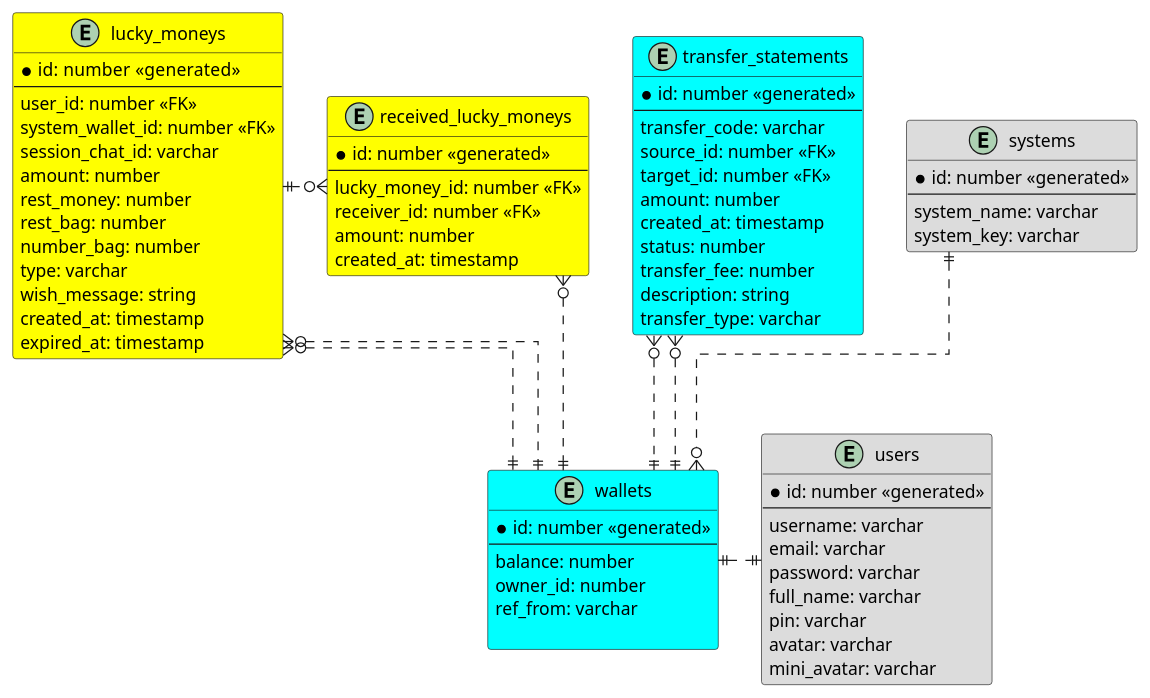
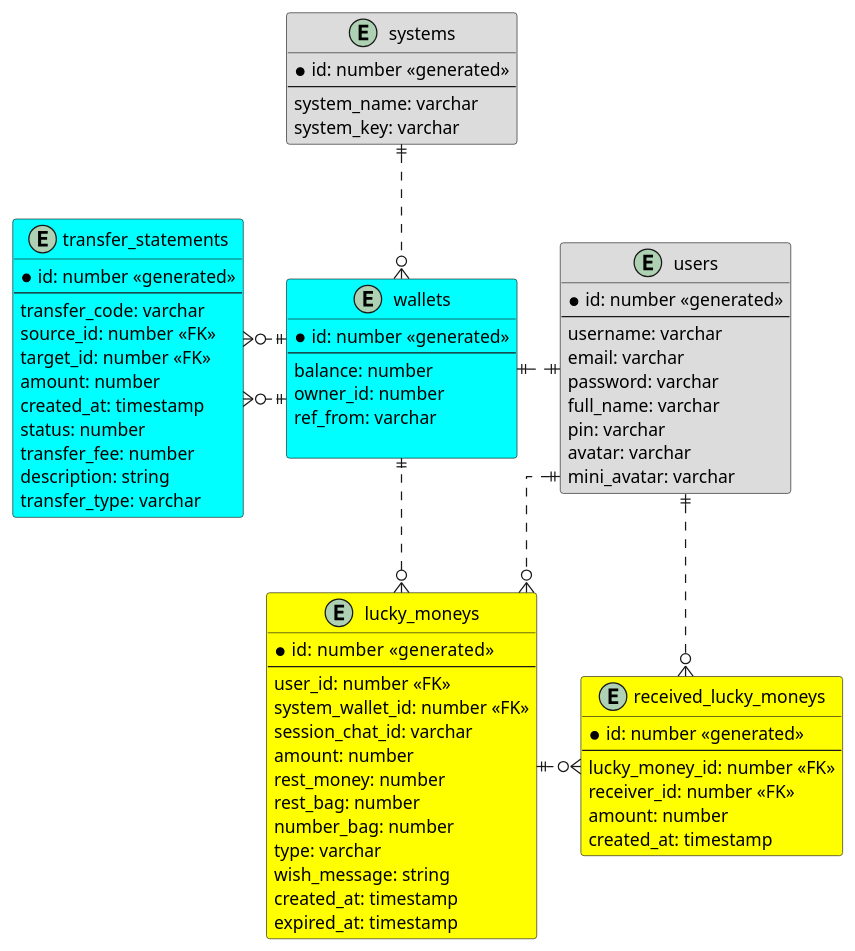
Before and after one commit to ntan1902/hey-app: the diagram in documents/uml/system design/database_diagram.puml, drawn with PlantUML.

Commit message:
Fix database design

```diff
--- a/documents/uml/system design/database_diagram.puml
+++ b/documents/uml/system design/database_diagram.puml
@@ -2,94 +2,94 @@
 @startuml
 
 ' hide the spot
 ' hide circle
 
 ' avoid problems with angled crows feet
 skinparam linetype ortho
 
 entity "users" as users #Gainsboro{
     *id: number <<generated>>
     --
     username: varchar
     email: varchar
     password: varchar
     full_name: varchar
     pin: varchar
     avatar: varchar
     mini_avatar: varchar
 }
 
 
 entity "systems" #Gainsboro{
     *id: number <<generated>>
     --
     system_name: varchar
     system_key: varchar
 }
 
 
 entity "wallets" as wallets #Aqua{
     *id: number <<generated>>
     --
     balance: number    
     owner_id: number
     ref_from: varchar
     
 }
 
 entity "transfer_statements" as transfer_statements #Aqua {
     *id: number <<generated>>
     --
     transfer_code: varchar
     source_id: number <<FK>>
     target_id: number <<FK>>
     amount: number
     created_at: timestamp
     status: number
     transfer_fee: number
     description: string
     transfer_type: varchar
 }
 
 entity "lucky_moneys" as lucky_moneys #Yellow{
     *id: number  <<generated>>
     --
     user_id: number <<FK>>
     system_wallet_id: number <<FK>>
     session_chat_id: varchar
     amount: number
     rest_money: number
     rest_bag: number
     number_bag: number
     type: varchar
     wish_message: string
     created_at: timestamp
     expired_at: timestamp
 }
 
 entity "received_lucky_moneys" as received_luckey_moneys #Yellow{
     *id: number <<generated>>
     --
     lucky_money_id: number <<FK>>
     receiver_id: number <<FK>>
     amount: number
     created_at: timestamp
 }
 
-wallets ||.up.o{ transfer_statements
-wallets ||.up.o{ transfer_statements
+wallets ||.left.o{ transfer_statements
+wallets ||.left.o{ transfer_statements
 
 wallets ||.up.o{ lucky_moneys
-wallets ||.up.o{ lucky_moneys
+users ||.down.o{ lucky_moneys
 
-wallets ||.up.o{ received_luckey_moneys
+users ||.down.o{ received_luckey_moneys
 
 users ||.left.|| wallets
 
 systems ||..o{ wallets
 
 
 lucky_moneys ||.right.o{ received_luckey_moneys
 
 
 @enduml
```
